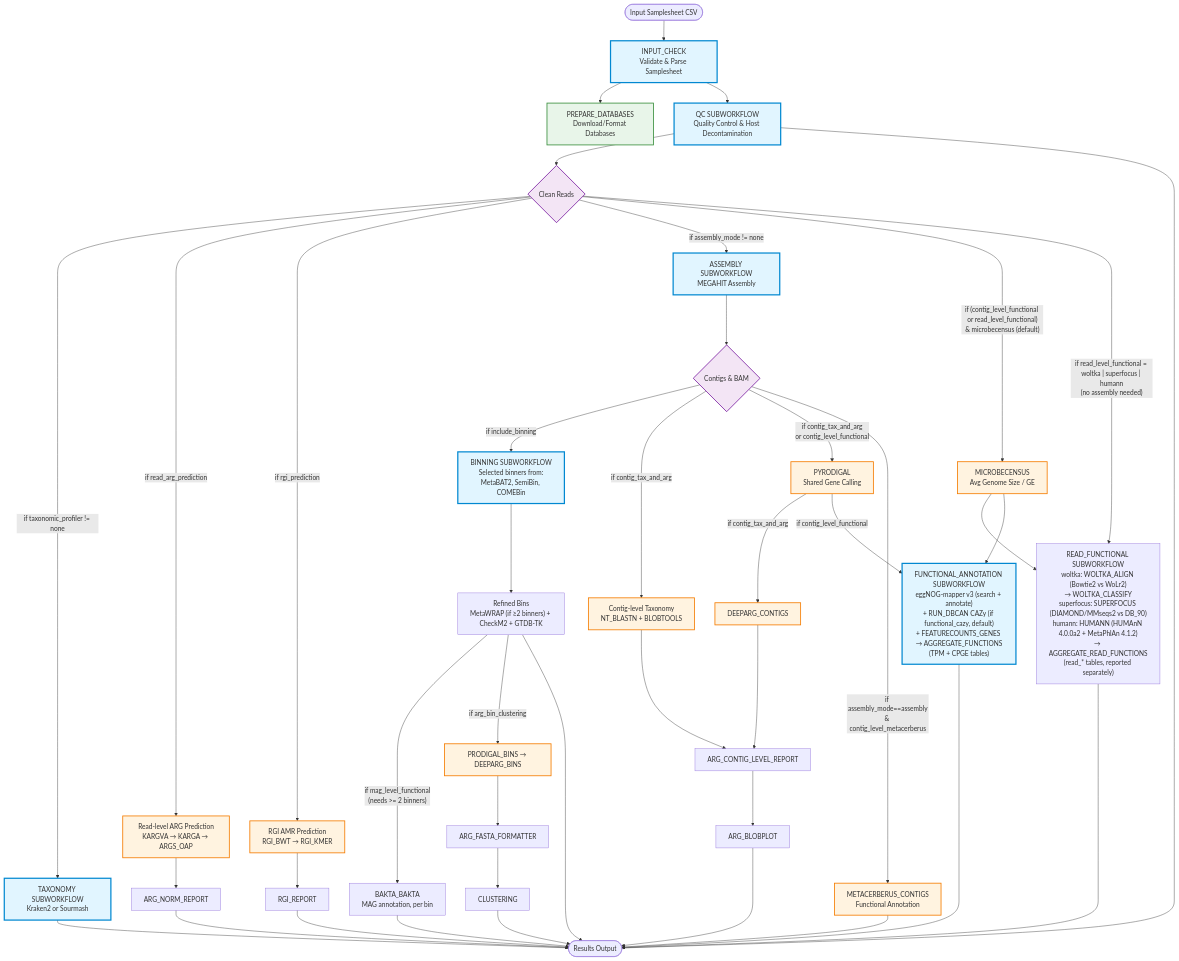
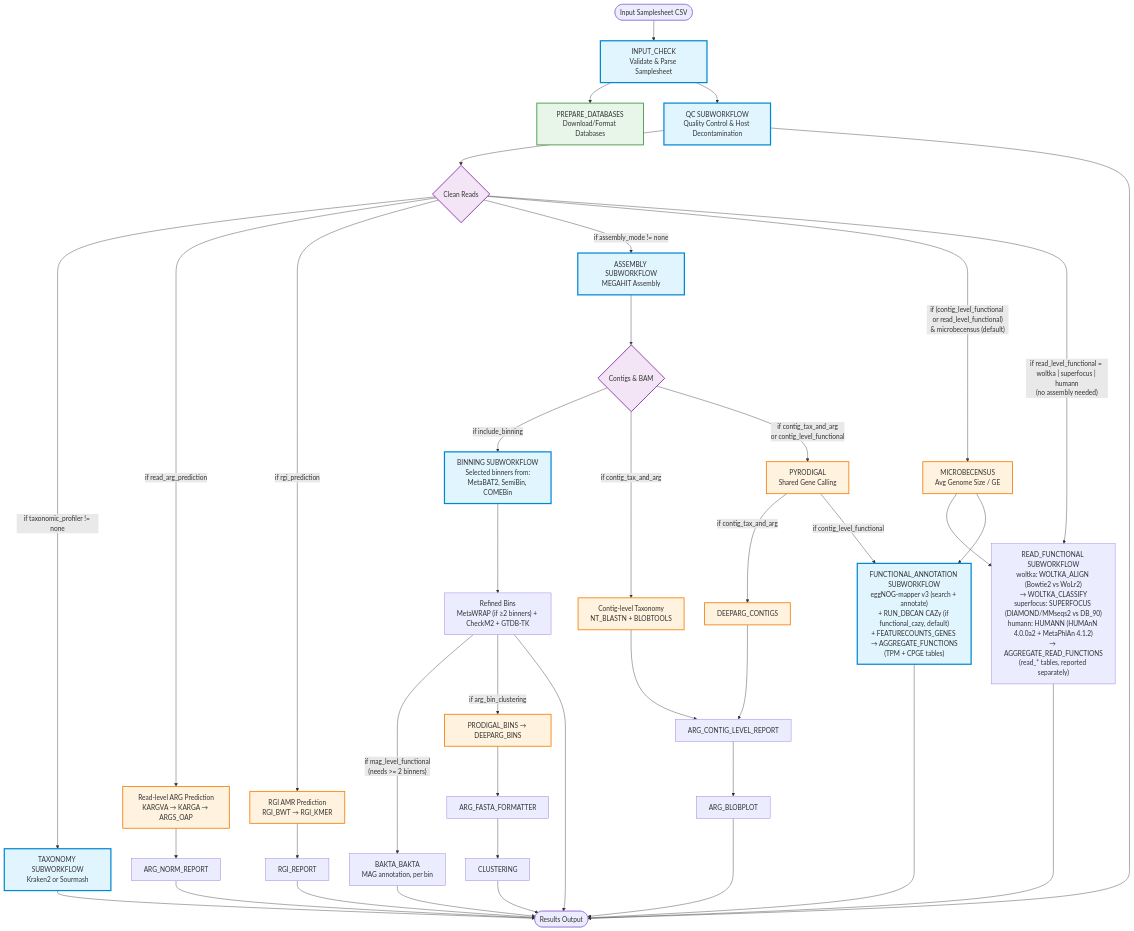
One commit to gene2dis/BugBuster changed the first of 8 diagrams in docs/WORKFLOW_DIAGRAM.md. Above: the diagram before and after it, drawn with Mermaid. The commit also changed other lines of this file and 11 other files, not shown here.

First line of the commit message:
feat(functional)!: remove the superseded MetaCerberus path (T11)

````diff
--- a/docs/WORKFLOW_DIAGRAM.md
+++ b/docs/WORKFLOW_DIAGRAM.md
@@ -10,78 +10,74 @@
 ```mermaid
 flowchart TD
     Start([Input Samplesheet CSV]) --> InputCheck[INPUT_CHECK<br/>Validate & Parse Samplesheet]
     
     InputCheck --> PrepDB[PREPARE_DATABASES<br/>Download/Format Databases]
     InputCheck --> QC
     
     %% Quality Control Branch
     QC[QC SUBWORKFLOW<br/>Quality Control & Host Decontamination] --> CleanReads{Clean Reads}
     
     %% Taxonomy Branch
     CleanReads -->|if taxonomic_profiler != none| Taxonomy[TAXONOMY SUBWORKFLOW<br/>Kraken2 or Sourmash]
     
     %% Read-level ARG Branch
     CleanReads -->|if read_arg_prediction| ReadARG[Read-level ARG Prediction<br/>KARGVA → KARGA → ARGS_OAP]
     ReadARG --> ARGNorm[ARG_NORM_REPORT]
 
     %% RGI Branch
     CleanReads -->|if rgi_prediction| RGI[RGI AMR Prediction<br/>RGI_BWT → RGI_KMER]
     RGI --> RGIReport[RGI_REPORT]
     
     %% Assembly Branch
     CleanReads -->|if assembly_mode != none| Assembly[ASSEMBLY SUBWORKFLOW<br/>MEGAHIT Assembly]
     
     Assembly --> Contigs{Contigs & BAM}
     
     %% Binning Branch
     Contigs -->|if include_binning| Binning[BINNING SUBWORKFLOW<br/>Selected binners from:<br/>MetaBAT2, SemiBin, COMEBin]
     Binning --> RefinedBins["Refined Bins<br/>MetaWRAP (if ≥2 binners) + CheckM2 + GTDB-TK"]
     
     %% Contig-level Analysis Branch
     Contigs -->|if contig_tax_and_arg| ContigTax[Contig-level Taxonomy<br/>NT_BLASTN + BLOBTOOLS]
     Contigs -->|"if contig_tax_and_arg<br/>or contig_level_functional"| Pyrodigal[PYRODIGAL<br/>Shared Gene Calling]
     Pyrodigal -->|if contig_tax_and_arg| ContigARG[DEEPARG_CONTIGS]
     ContigTax --> ARGContigReport
     ContigARG --> ARGContigReport[ARG_CONTIG_LEVEL_REPORT]
     ARGContigReport --> ARGBlobplot[ARG_BLOBPLOT]
 
     %% Functional Annotation Branch
     CleanReads -->|"if (contig_level_functional or read_level_functional)<br/>& microbecensus (default)"| MicrobeCensus[MICROBECENSUS<br/>Avg Genome Size / GE]
     CleanReads -->|"if read_level_functional = woltka | superfocus | humann<br/>(no assembly needed)"| ReadFunctional["READ_FUNCTIONAL SUBWORKFLOW<br/>woltka: WOLTKA_ALIGN (Bowtie2 vs WoLr2)<br/>→ WOLTKA_CLASSIFY<br/>superfocus: SUPERFOCUS (DIAMOND/MMseqs2 vs DB_90)<br/>humann: HUMANN (HUMAnN 4.0.0a2 + MetaPhlAn 4.1.2)<br/>→ AGGREGATE_READ_FUNCTIONS<br/>(read_* tables, reported separately)"]
     MicrobeCensus --> ReadFunctional
     Pyrodigal -->|if contig_level_functional| Functional["FUNCTIONAL_ANNOTATION SUBWORKFLOW<br/>eggNOG-mapper v3 (search + annotate)<br/>+ RUN_DBCAN CAZy (if functional_cazy, default)<br/>+ FEATURECOUNTS_GENES → AGGREGATE_FUNCTIONS<br/>(TPM + CPGE tables)"]
     MicrobeCensus --> Functional
     RefinedBins -->|"if mag_level_functional<br/>(needs >= 2 binners)"| Bakta[BAKTA_BAKTA<br/>MAG annotation, per bin]
 
-    %% MetaCerberus Branch
-    Contigs -->|if assembly_mode==assembly<br/>& contig_level_metacerberus| MetaCerberus[METACERBERUS_CONTIGS<br/>Functional Annotation]
-    
     %% Bin ARG Clustering Branch
     RefinedBins -->|if arg_bin_clustering| BinARG[PRODIGAL_BINS → DEEPARG_BINS]
     BinARG --> ARGFormat[ARG_FASTA_FORMATTER]
     ARGFormat --> Clustering[CLUSTERING]
     
     %% End
     QC --> End([Results Output])
     Taxonomy --> End
     ARGNorm --> End
     RGIReport --> End
     ARGBlobplot --> End
     Clustering --> End
-    MetaCerberus --> End
     Functional --> End
     ReadFunctional --> End
     Bakta --> End
     RefinedBins --> End
 
     %% Styling
     classDef subworkflow fill:#e1f5ff,stroke:#0288d1,stroke-width:3px
     classDef module fill:#fff3e0,stroke:#f57c00,stroke-width:2px
     classDef decision fill:#f3e5f5,stroke:#7b1fa2,stroke-width:2px
     classDef database fill:#e8f5e9,stroke:#388e3c,stroke-width:2px
     
     class InputCheck,QC,Taxonomy,Assembly,Binning,Functional subworkflow
-    class ReadARG,RGI,ContigTax,ContigARG,BinARG,MetaCerberus,Pyrodigal,MicrobeCensus module
+    class ReadARG,RGI,ContigTax,ContigARG,BinARG,Pyrodigal,MicrobeCensus module
     class CleanReads,Contigs decision
     class PrepDB database
 ```
````
